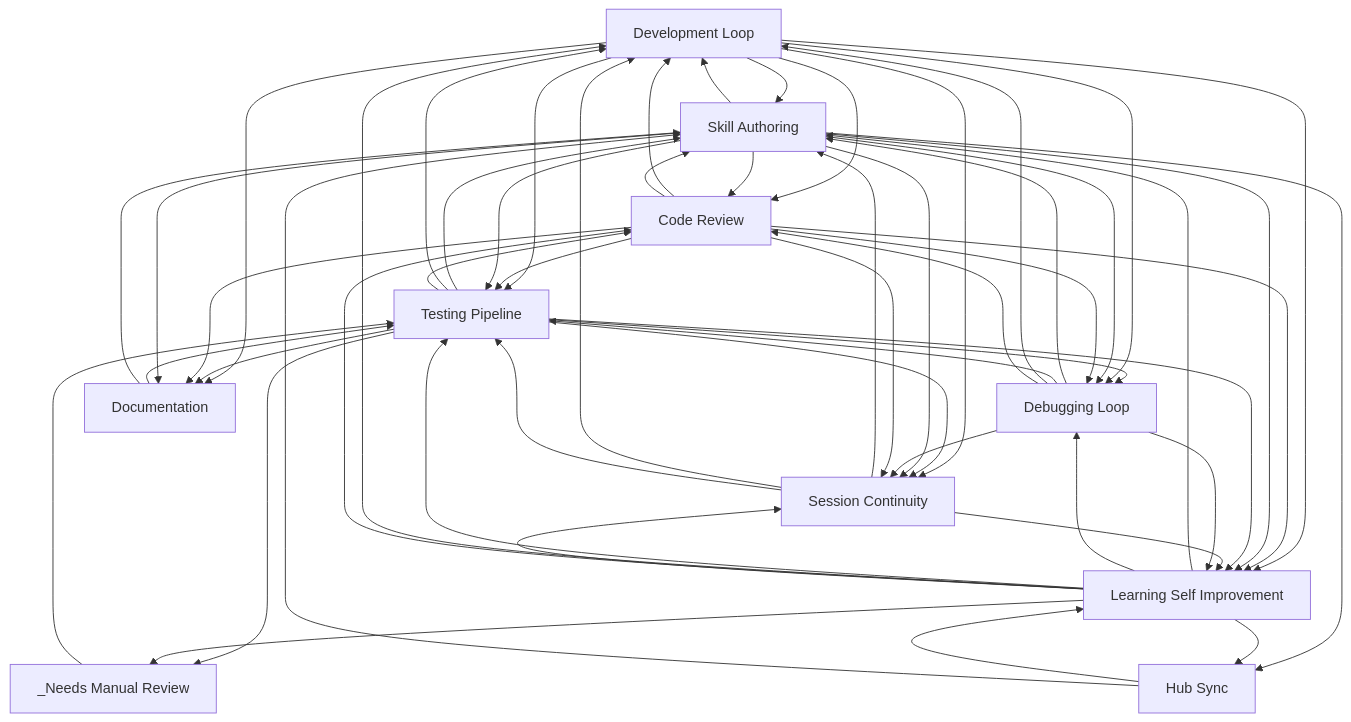
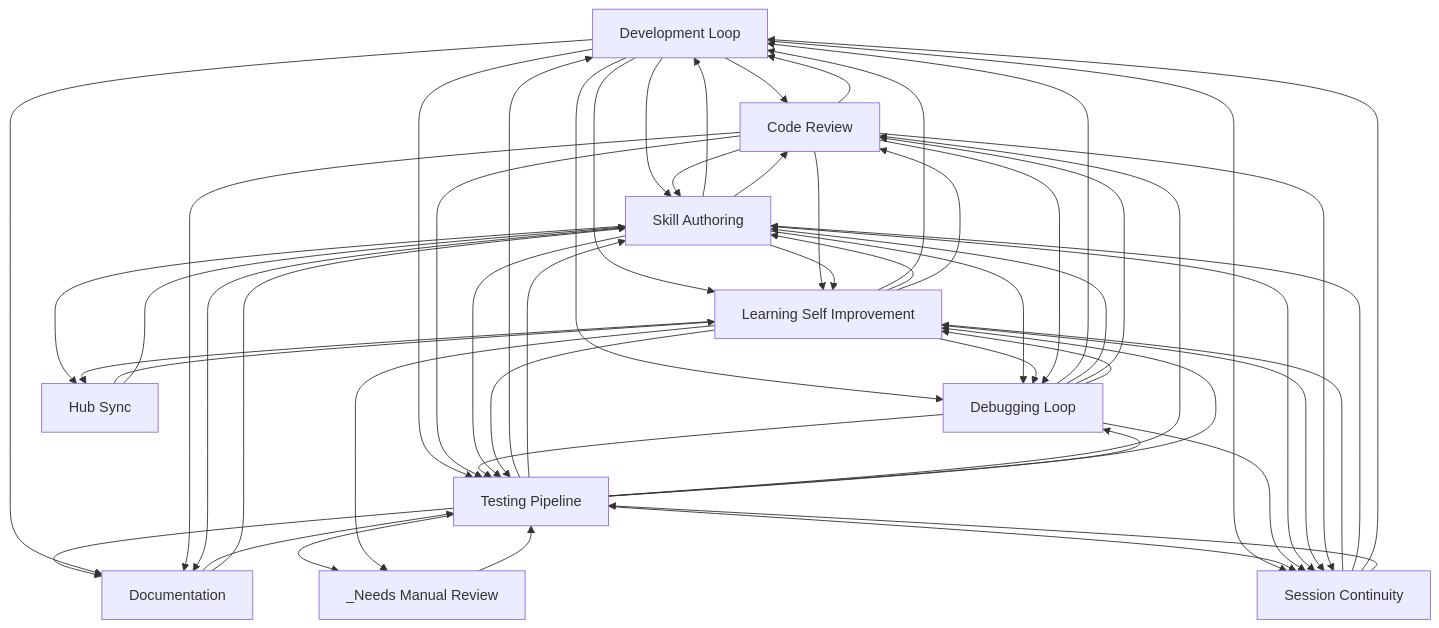
One commit to abhayla/claude-best-practices changed the diagram in docs/workflows/INDEX.md. Above: the diagram before and after it, drawn with Mermaid. The commit also changed other lines of this file and 12 other files, not shown here.

````diff
--- a/docs/workflows/INDEX.md
+++ b/docs/workflows/INDEX.md
@@ -22,66 +22,66 @@
 ```mermaid
 graph TD
     development_loop[Development Loop]
     testing_pipeline[Testing Pipeline]
     debugging_loop[Debugging Loop]
     learning_self_improvement[Learning Self Improvement]
     session_continuity[Session Continuity]
     skill_authoring[Skill Authoring]
     code_review[Code Review]
     documentation[Documentation]
     hub_sync[Hub Sync]
     _needs_manual_review[_Needs Manual Review]
     documentation --> testing_pipeline
     documentation --> skill_authoring
+    development_loop --> code_review
     development_loop --> skill_authoring
-    development_loop --> code_review
     code_review --> development_loop
     code_review --> skill_authoring
+    development_loop --> learning_self_improvement
     development_loop --> testing_pipeline
-    development_loop --> learning_self_improvement
+    code_review --> learning_self_improvement
     code_review --> testing_pipeline
-    code_review --> learning_self_improvement
+    testing_pipeline --> development_loop
     testing_pipeline --> skill_authoring
+    testing_pipeline --> code_review
     testing_pipeline --> debugging_loop
-    testing_pipeline --> development_loop
-    testing_pipeline --> code_review
+    debugging_loop --> development_loop
     debugging_loop --> skill_authoring
+    debugging_loop --> code_review
     debugging_loop --> testing_pipeline
-    debugging_loop --> development_loop
-    debugging_loop --> code_review
     development_loop --> debugging_loop
     skill_authoring --> development_loop
     skill_authoring --> code_review
+    skill_authoring --> learning_self_improvement
     skill_authoring --> testing_pipeline
-    skill_authoring --> learning_self_improvement
+    testing_pipeline --> documentation
     development_loop --> documentation
-    testing_pipeline --> documentation
     code_review --> documentation
     development_loop --> session_continuity
     testing_pipeline --> _needs_manual_review
     testing_pipeline --> session_continuity
+    debugging_loop --> session_continuity
     skill_authoring --> session_continuity
-    debugging_loop --> session_continuity
     skill_authoring --> debugging_loop
+    learning_self_improvement --> development_loop
     learning_self_improvement --> skill_authoring
+    learning_self_improvement --> code_review
     learning_self_improvement --> debugging_loop
     learning_self_improvement --> testing_pipeline
-    learning_self_improvement --> development_loop
-    learning_self_improvement --> code_review
     code_review --> debugging_loop
+    learning_self_improvement --> session_continuity
+    code_review --> session_continuity
     testing_pipeline --> learning_self_improvement
-    code_review --> session_continuity
-    learning_self_improvement --> session_continuity
     session_continuity --> learning_self_improvement
     session_continuity --> skill_authoring
     session_continuity --> development_loop
     session_continuity --> testing_pipeline
     _needs_manual_review --> testing_pipeline
     skill_authoring --> hub_sync
     debugging_loop --> learning_self_improvement
     learning_self_improvement --> hub_sync
     learning_self_improvement --> _needs_manual_review
     hub_sync --> learning_self_improvement
     hub_sync --> skill_authoring
     skill_authoring --> documentation
 ```
````
